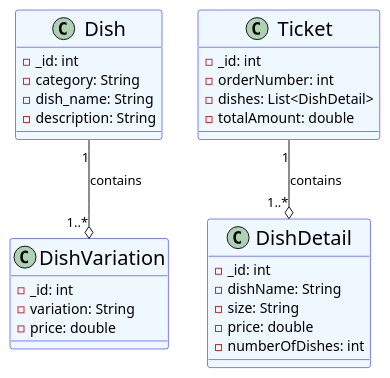
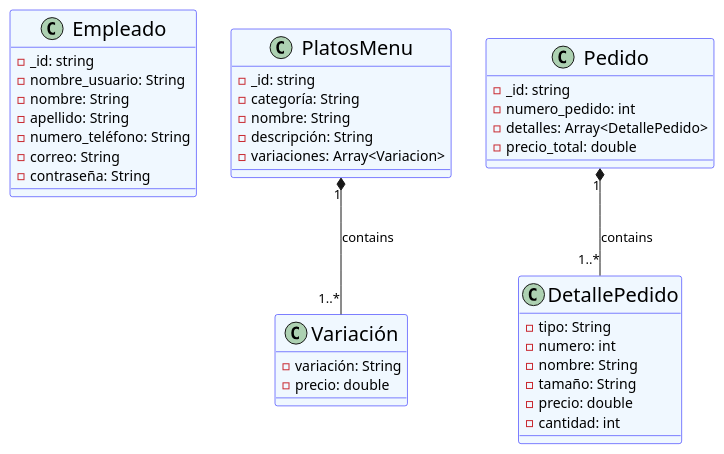
One commit to AmineBennani7/Smart-Voice-Restaurant-Assistant changed the diagram in backend/src/database/menu.plantuml. Above: the diagram before and after it, drawn with PlantUML. The commit also changed 12 other files, not shown here.

```diff
--- a/backend/src/database/menu.plantuml
+++ b/backend/src/database/menu.plantuml
@@ -1,38 +1,47 @@
-@startuml menu 
+@startuml menu
 skinparam classBackgroundColor AliceBlue
 skinparam classBorderColor Blue
 skinparam classFontName Comic Sans 
 skinparam classFontSize 20
 
-class Dish {
-  - _id: int
-  - category: String
-  - dish_name: String
-  - description: String
+class Empleado {
+ - _id: string
+ - nombre_usuario: String
+ - nombre: String
+ - apellido: String
+ - numero_teléfono: String
+ - correo: String
+ - contraseña: String
 }
 
-class DishVariation {
-  - _id: int
-  - variation: String
-  - price: double
+class PlatosMenu {
+  - _id: string
+  - categoría: String
+  - nombre: String
+  - descripción: String
+  - variaciones: Array<Variacion>
 }
 
-class Ticket {
-  - _id: int
-  - orderNumber: int
-  - dishes: List<DishDetail>
-  - totalAmount: double
+class Variación {
+  - variación: String
+  - precio: double
 }
 
-class DishDetail {
-  - _id: int
-  - dishName: String
-  - size: String
-  - price: double
-  - numberOfDishes: int 
+class Pedido {
+ - _id: string
+ - numero_pedido: int
+ - detalles: Array<DetallePedido>
+ - precio_total: double
 }
 
-Dish "1" --o "1..*" DishVariation : contains
-Ticket "1" --o "1..*" DishDetail : contains
-
+class DetallePedido {
+ - tipo: String
+ - numero: int
+ - nombre: String
+ - tamaño: String
+ - precio: double
+ - cantidad: int
+}
+PlatosMenu "1" *-- "1..*" Variación : contains
+Pedido "1" *-- "1..*" DetallePedido : contains
 @enduml
```
